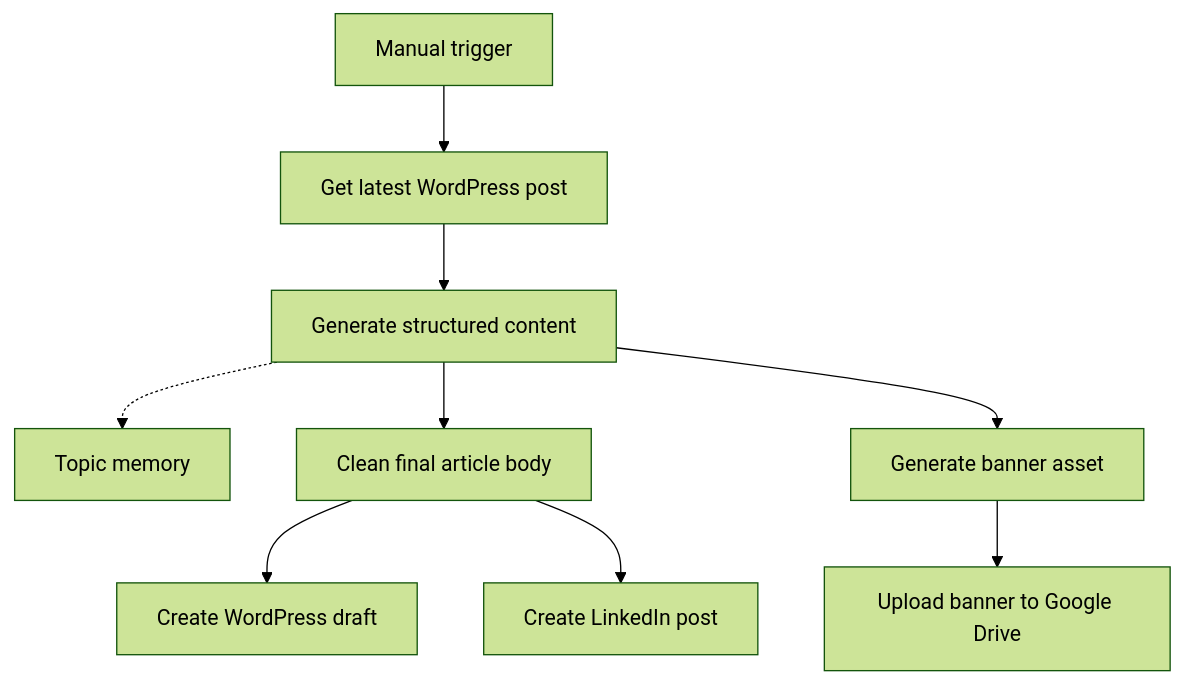
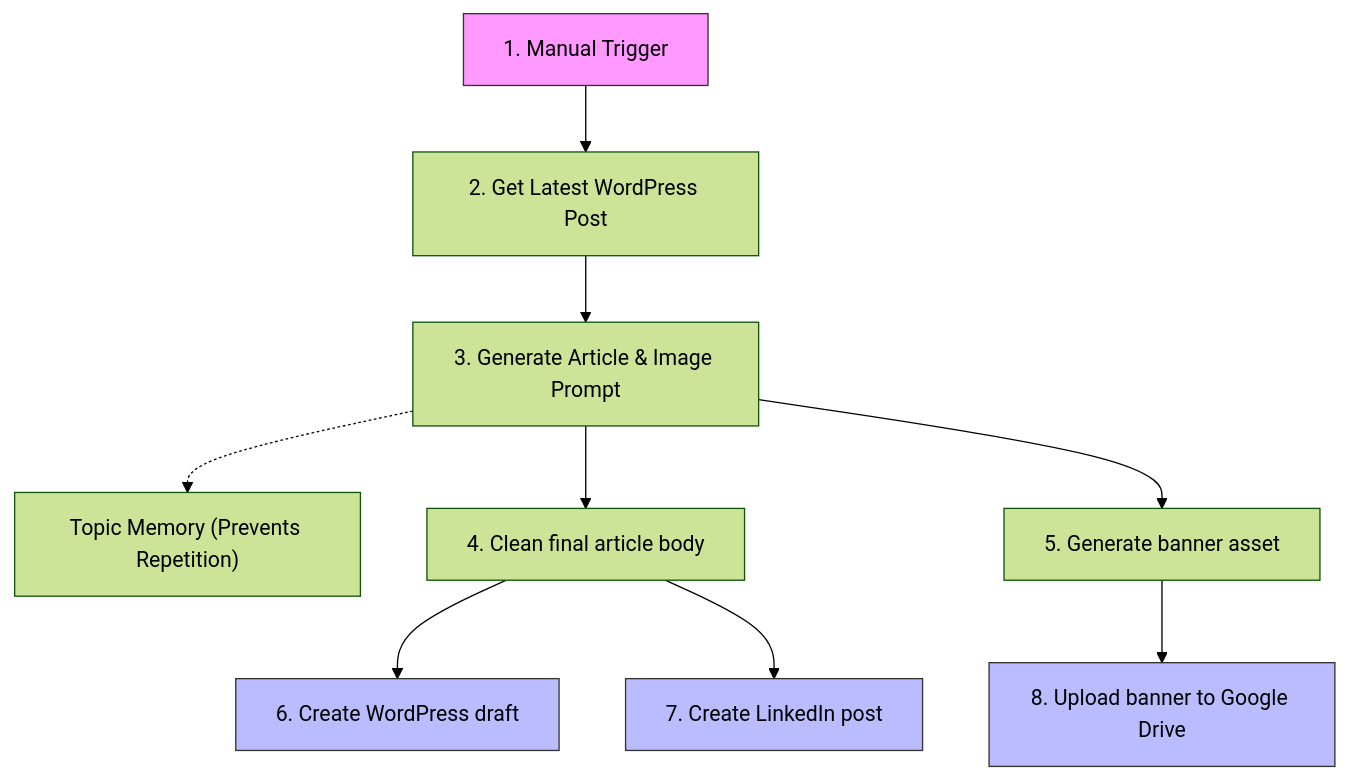
The diagram in src/contect_creator/README.md (beydah/N8N-AI-Agent), drawn with Mermaid (forest theme) before and after one commit. The commit also changed other lines of this file and 8 other files, not shown here.

````diff
--- a/src/contect_creator/README.md
+++ b/src/contect_creator/README.md
@@ -15,11 +34,16 @@
 ```mermaid
 graph TD
-    Trigger["Manual trigger"] --> Context["Get latest WordPress post"]
-    Context --> Generate["Generate structured content"]
-    Generate -.-> Memory["Topic memory"]
-    Generate --> Clean["Clean final article body"]
-    Generate --> Image["Generate banner asset"]
-    Clean --> Blog["Create WordPress draft"]
-    Clean --> Social["Create LinkedIn post"]
-    Image --> Drive["Upload banner to Google Drive"]
+    Trigger["1. Manual Trigger"] --> Context["2. Get Latest WordPress Post"]
+    Context --> Generate["3. Generate Article & Image Prompt"]
+    Generate -.-> Memory["Topic Memory (Prevents Repetition)"]
+    Generate --> Clean["4. Clean final article body"]
+    Generate --> Image["5. Generate banner asset"]
+    Clean --> Blog["6. Create WordPress draft"]
+    Clean --> Social["7. Create LinkedIn post"]
+    Image --> Drive["8. Upload banner to Google Drive"]
+
+    style Trigger fill:#f9f,stroke:#333
+    style Blog fill:#bbf,stroke:#333
+    style Social fill:#bbf,stroke:#333
+    style Drive fill:#bbf,stroke:#333
 ```
````
